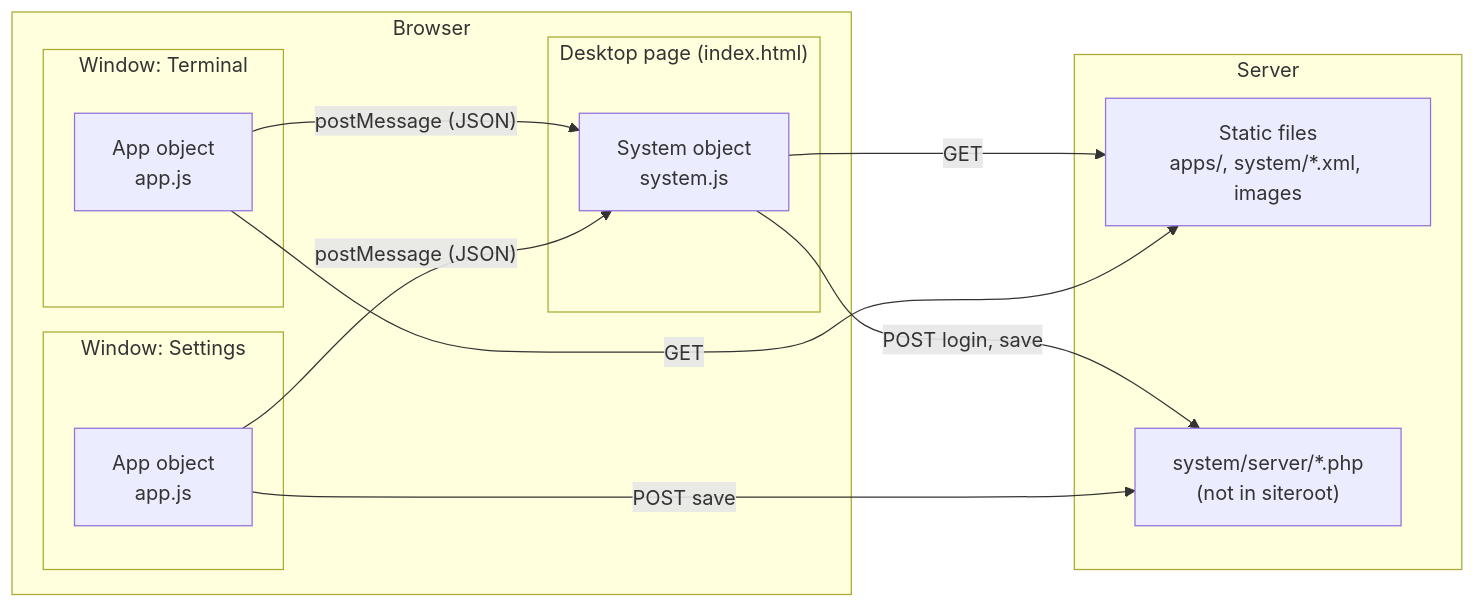
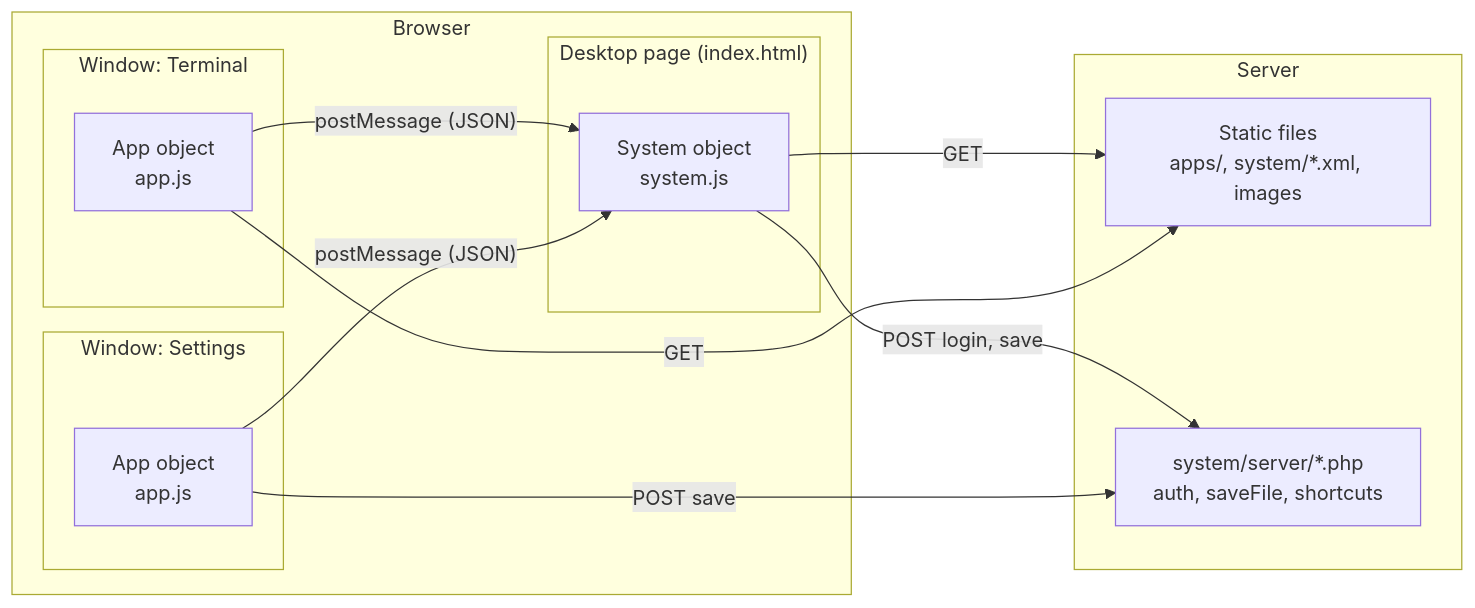
The first of 3 diagrams in wiki3/architecture.md (rwarouw00/peer-os), drawn with Mermaid before and after one commit. The commit also changed other lines of this file and 26 other files, not shown here.

First line of the commit message:
Document the system/server PHP scripts in wiki2 and wiki3

````diff
--- a/wiki3/architecture.md
+++ b/wiki3/architecture.md
@@ -11,24 +11,24 @@
 ```mermaid
 flowchart LR
     subgraph Browser
         subgraph Desktop["Desktop page (index.html)"]
             System["System object<br/>system.js"]
         end
         subgraph W1["Window: Terminal"]
             A1["App object<br/>app.js"]
         end
         subgraph W2["Window: Settings"]
             A2["App object<br/>app.js"]
         end
         A1 -- "postMessage (JSON)" --> System
         A2 -- "postMessage (JSON)" --> System
     end
     subgraph Server
         Files["Static files<br/>apps/, system/*.xml, images"]
-        PHP["system/server/*.php<br/>(not in siteroot)"]
+        PHP["system/server/*.php<br/>auth, saveFile, shortcuts"]
     end
     System -- "GET" --> Files
     A1 -- "GET" --> Files
     System -- "POST login, save" --> PHP
     A2 -- "POST save" --> PHP
 ```
````
